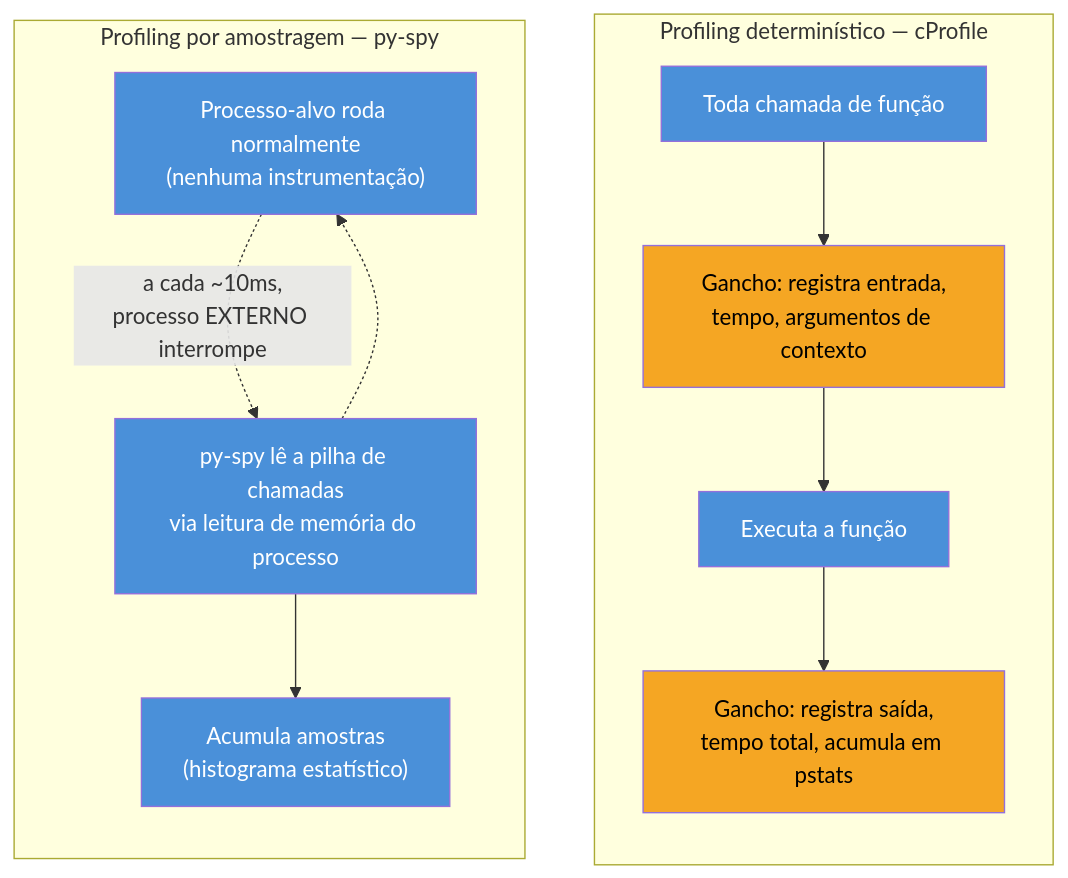
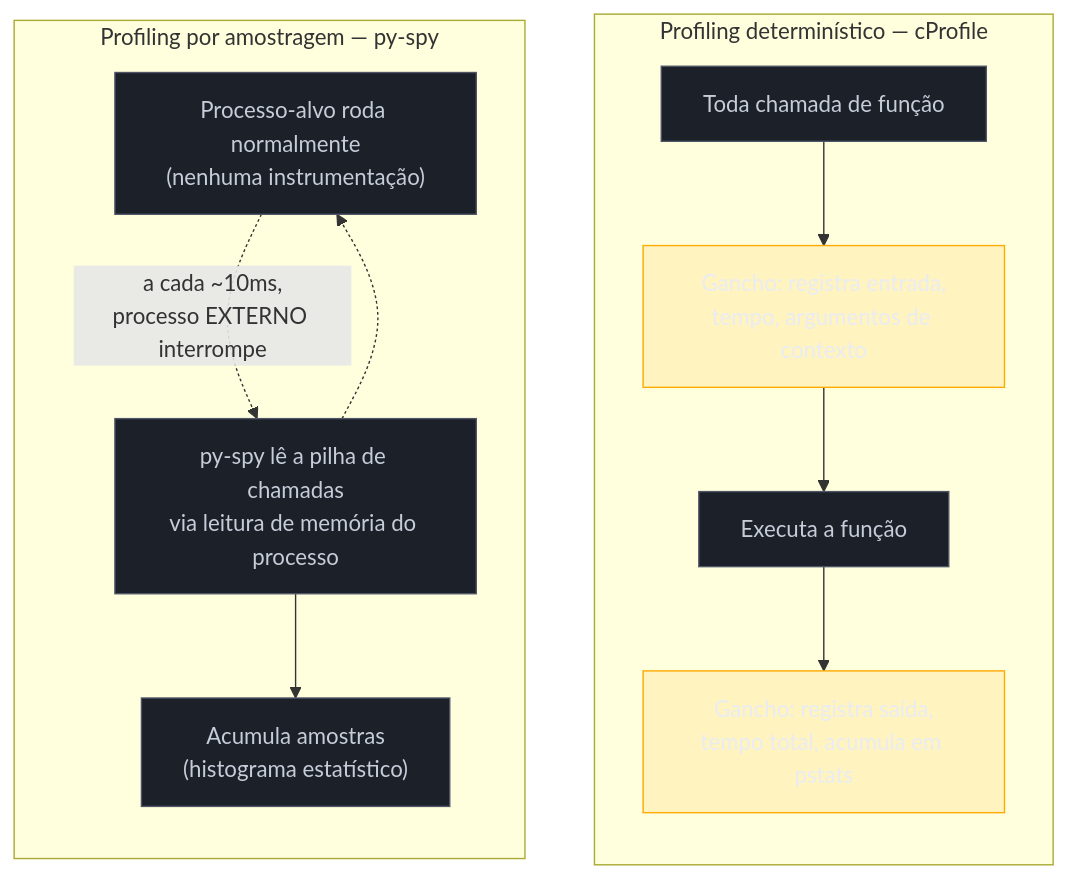
The first of 3 diagrams in 03-Dominios/Tecnologia/Python/CPython internals/08 - Profiling — cProfile, py-spy, tracemalloc.md (josenaldo/codex-technomanticus), drawn with Mermaid before and after one commit. The commit also changed other lines of this file and 1181 other files, not shown here.

First line of the commit message:
fix(diagramas): paleta do sistema no lugar de cor cravada no markdown

````diff
--- a/03-Dominios/Tecnologia/Python/CPython internals/08 - Profiling — cProfile, py-spy, tracemalloc.md
+++ b/03-Dominios/Tecnologia/Python/CPython internals/08 - Profiling — cProfile, py-spy, tracemalloc.md
@@ -60,24 +60,26 @@
 ```mermaid
 flowchart TB
+    classDef neutro fill:#1B2029,stroke:#4E5666,color:#C6CCD8
+    classDef destaque fill:#FFAA0024,stroke:#FFAA00,color:#E9ECF2
     subgraph Det["Profiling determinístico — cProfile"]
         direction TB
         D1["Toda chamada de função"] --> D2["Gancho: registra entrada,\ntempo, argumentos de contexto"]
         D2 --> D3["Executa a função"]
         D3 --> D4["Gancho: registra saída,\ntempo total, acumula em pstats"]
     end
 
     subgraph Samp["Profiling por amostragem — py-spy"]
         direction TB
         S1["Processo-alvo roda normalmente\n(nenhuma instrumentação)"] -.->|"a cada ~10ms,\nprocesso EXTERNO interrompe"| S2["py-spy lê a pilha de chamadas\nvia leitura de memória do processo"]
         S2 -.-> S1
         S2 --> S3["Acumula amostras\n(histograma estatístico)"]
     end
 
-    style D1 fill:#4A90D9,color:#fff
-    style D2 fill:#F5A623,color:#000
-    style D3 fill:#4A90D9,color:#fff
-    style D4 fill:#F5A623,color:#000
-    style S1 fill:#4A90D9,color:#fff
-    style S2 fill:#4A90D9,color:#fff
-    style S3 fill:#4A90D9,color:#fff
+    class D1 neutro
+    class D2 destaque
+    class D3 neutro
+    class D4 destaque
+    class S1 neutro
+    class S2 neutro
+    class S3 neutro
 ```
````
